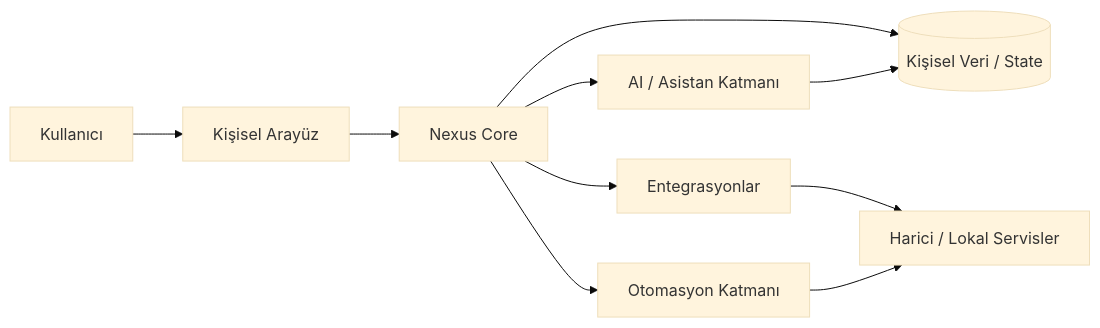
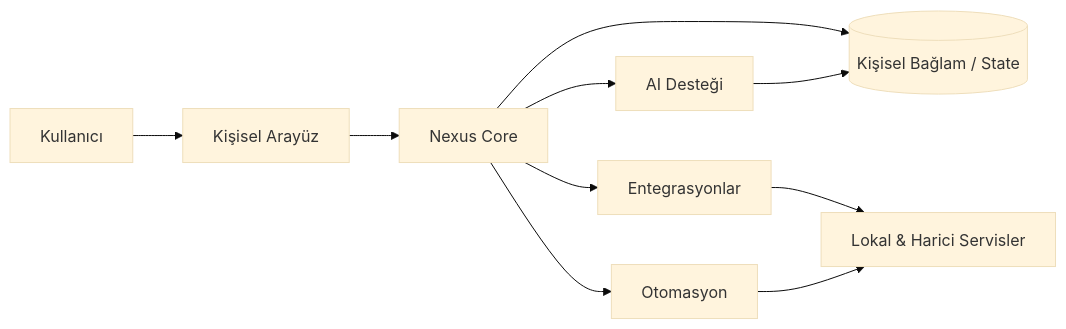
Before and after one commit to tahakubilay/Nexus: the diagram in README.tr.md, drawn with Mermaid (base theme). The commit also changed other lines of this file, not shown here.

````diff
--- a/README.tr.md
+++ b/README.tr.md
@@ -66,12 +29,12 @@
 ```mermaid
 flowchart LR
     USER[Kullanıcı] --> UI[Kişisel Arayüz]
     UI --> CORE[Nexus Core]
-    CORE --> AI[AI / Asistan Katmanı]
-    CORE --> AUTO[Otomasyon Katmanı]
+    CORE --> AI[AI Desteği]
+    CORE --> AUTO[Otomasyon]
     CORE --> INT[Entegrasyonlar]
-    CORE --> DATA[(Kişisel Veri / State)]
-    INT --> SERVICES[Harici / Lokal Servisler]
+    CORE --> DATA[(Kişisel Bağlam / State)]
+    INT --> SERVICES[Lokal & Harici Servisler]
     AUTO --> SERVICES
     AI --> DATA
 ```
````
